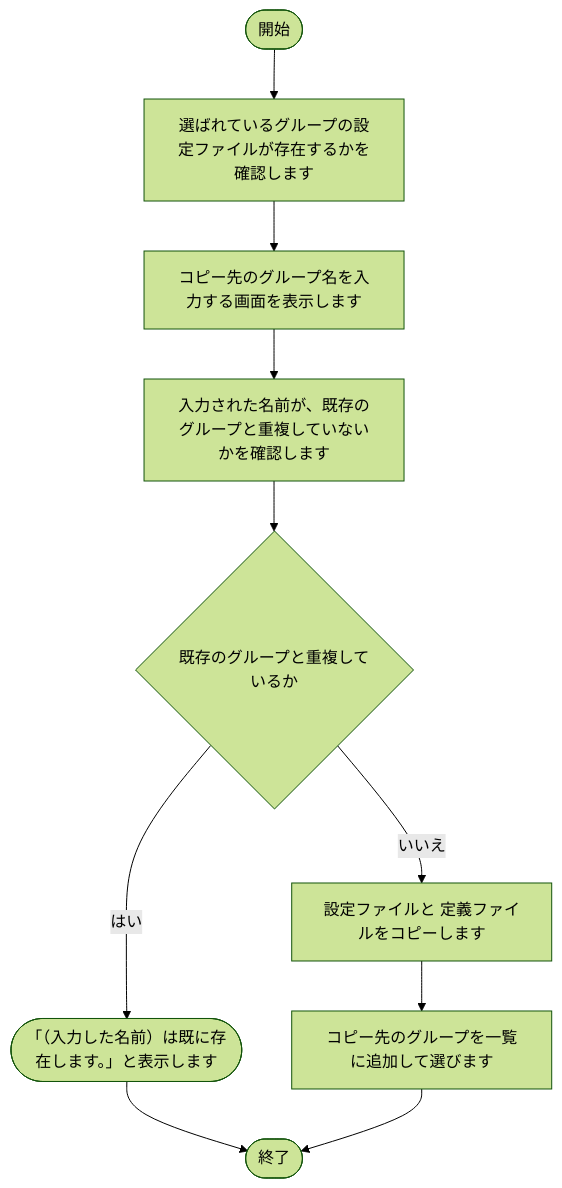
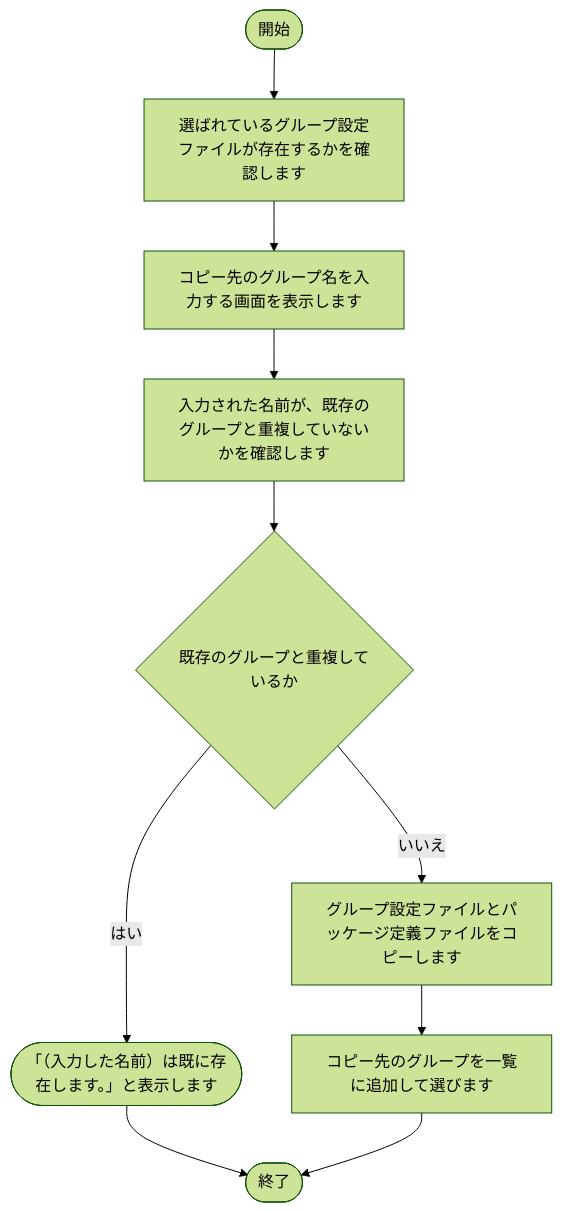
One commit to nishida2073/project_management changed the eighth of 13 diagrams in tool/package-generator/doc/02_設計/処理フロー.md. Above: the diagram before and after it, drawn with Mermaid (forest theme). The commit also changed other lines of this file and 22 other files, not shown here.

````diff
--- a/tool/package-generator/doc/02_設計/処理フロー.md
+++ b/tool/package-generator/doc/02_設計/処理フロー.md
@@ -239,21 +239,21 @@
 ```mermaid
 flowchart TD
     S(["開始"])
     E(["終了"])
-    N1["選ばれているグループの設定ファイルが存在するかを確認します"]
+    N1["選ばれているグループ設定ファイルが存在するかを確認します"]
     S --> N1
     N2["コピー先のグループ名を入力する画面を表示します"]
     N1 --> N2
     N3["入力された名前が、既存のグループと重複していないかを確認します"]
     N2 --> N3
     N6{"既存のグループと重複しているか"}
     N3 --> N6
     X6(["「（入力した名前）は既に存在します。」と表示します"])
     N6 -- はい --> X6
     X6 --> E
-    N4["設定ファイルと 定義ファイルをコピーします"]
+    N4["グループ設定ファイルとパッケージ定義ファイルをコピーします"]
     N6 -- いいえ --> N4
     N5["コピー先のグループを一覧に追加して選びます"]
     N4 --> N5
     N5 --> E
 ```
````
